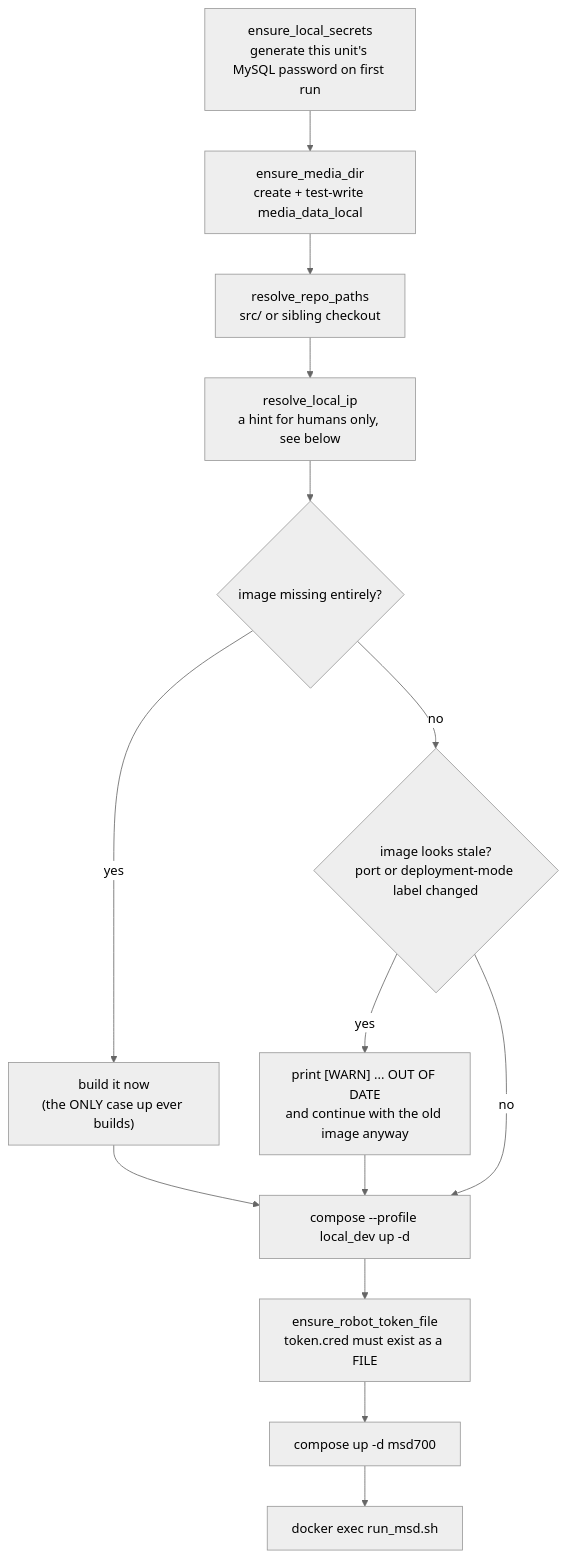
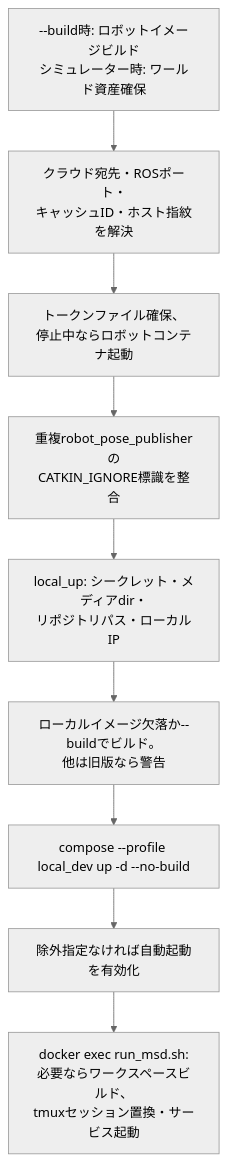
One commit to itbdelaboprogramming/msd700_documentation changed the second of 2 diagrams in docs/ja/setup/docker-reference.md. Above: the diagram before and after it, drawn with Mermaid (neutral theme). The commit also changed other lines of this file and 110 other files, not shown here.

````diff
--- a/docs/ja/setup/docker-reference.md
+++ b/docs/ja/setup/docker-reference.md
@@ -504,17 +412,11 @@
 ```mermaid
 flowchart TB
-  A["ensure_local_secrets<br/>generate this unit's MySQL password on first run"] --> B["ensure_media_dir<br/>create + test-write media_data_local"]
-  B --> C["resolve_repo_paths<br/>src/ or sibling checkout"]
-  C --> D["resolve_local_ip<br/>a hint for humans only, see below"]
-  D --> E{"image missing entirely?"}
-  E -->|yes| F["build it now<br/>(the ONLY case up ever builds)"]
-  E -->|no| G{"image looks stale?<br/>port or deployment-mode label changed"}
-  G -->|yes| W["print [WARN] ... OUT OF DATE<br/>and continue with the old image anyway"]
-  G -->|no| I
-  F --> I
-  W --> I
-  I["compose --profile local_dev up -d"]
-  I --> J["ensure_robot_token_file<br/>token.cred must exist as a FILE"]
-  J --> K["compose up -d msd700"]
-  K --> L["docker exec run_msd.sh"]
+  A["--build時: ロボットイメージビルド<br/>シミュレーター時: ワールド資産確保"] --> B["クラウド宛先・ROSポート・<br/>キャッシュID・ホスト指紋を解決"]
+  B --> C["トークンファイル確保、<br/>停止中ならロボットコンテナ起動"]
+  C --> D["重複robot_pose_publisherの<br/>CATKIN_IGNORE標識を整合"]
+  D --> E["local_up: シークレット・メディアdir・<br/>リポジトリパス・ローカルIP"]
+  E --> F["ローカルイメージ欠落か--buildでビルド。<br/>他は旧版なら警告"]
+  F --> G["compose --profile local_dev up -d --no-build"]
+  G --> H["除外指定なければ自動起動を有効化"]
+  H --> I["docker exec run_msd.sh:<br/>必要ならワークスペースビルド、<br/>tmuxセッション置換・サービス起動"]
 ```
````
